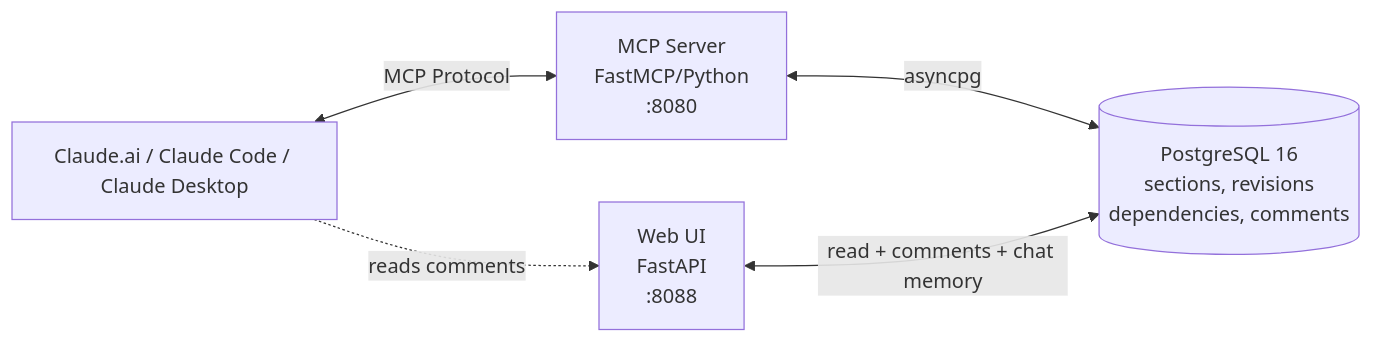
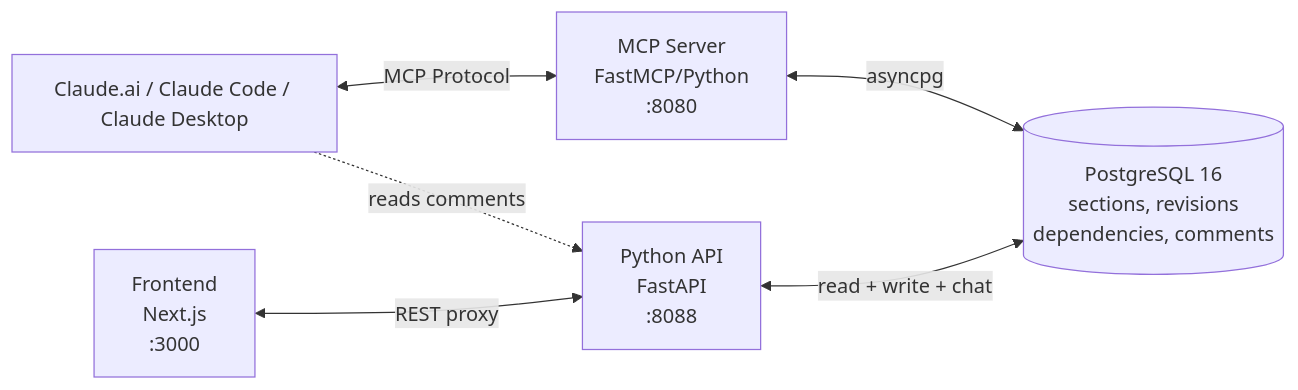
Before and after one commit to TomMaSS/PRDforge: the diagram in README.md, drawn with Mermaid. The commit also changed other lines of this file and 46 other files, not shown here.

First line of the commit message:
Phase 0a: scaffold Next.js frontend, rename ui/ to api/

````diff
--- a/README.md
+++ b/README.md
@@ -36,7 +36,8 @@
 ```mermaid
 graph LR
     A[Claude.ai / Claude Code / Claude Desktop] <-->|MCP Protocol| B[MCP Server<br/>FastMCP/Python<br/>:8080]
     B <-->|asyncpg| C[(PostgreSQL 16<br/>sections, revisions<br/>dependencies, comments)]
-    D[Web UI<br/>FastAPI<br/>:8088] <-->|read + comments + chat memory| C
+    D[Python API<br/>FastAPI<br/>:8088] <-->|read + write + chat| C
+    E[Frontend<br/>Next.js<br/>:3000] <-->|REST proxy| D
     A -.->|reads comments| D
 ```
````
